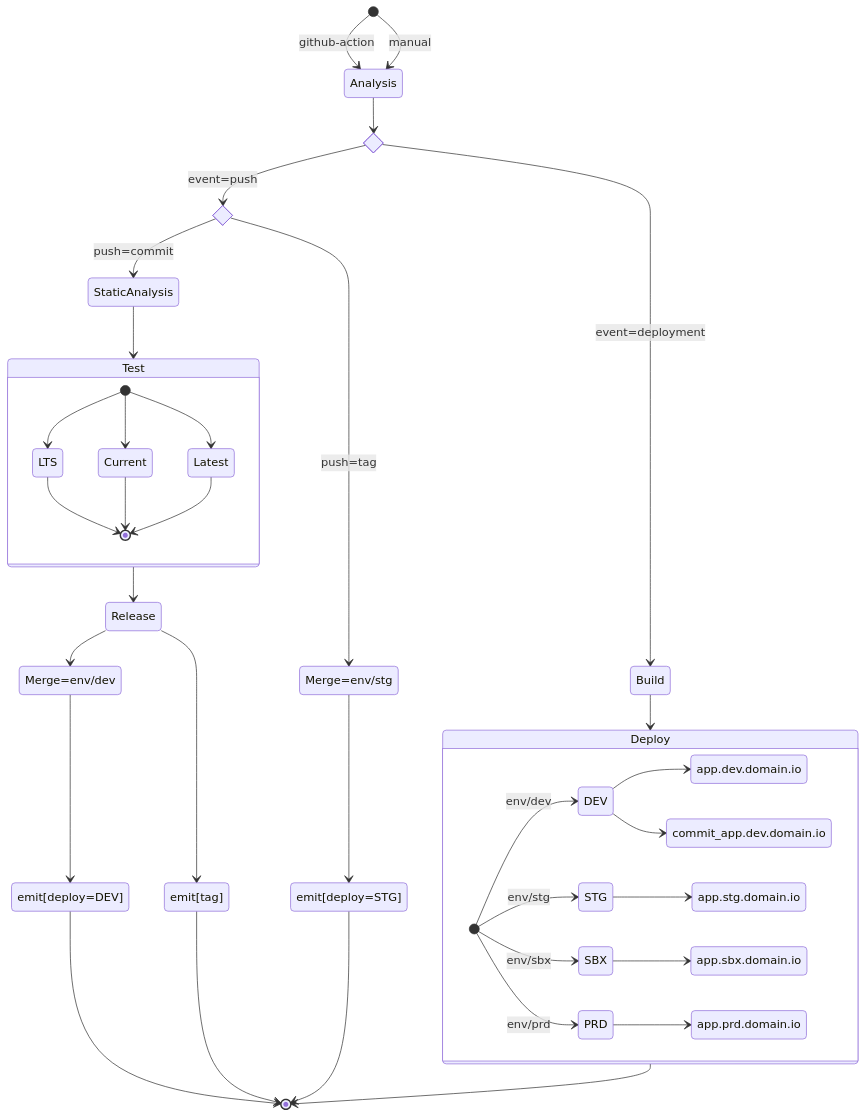
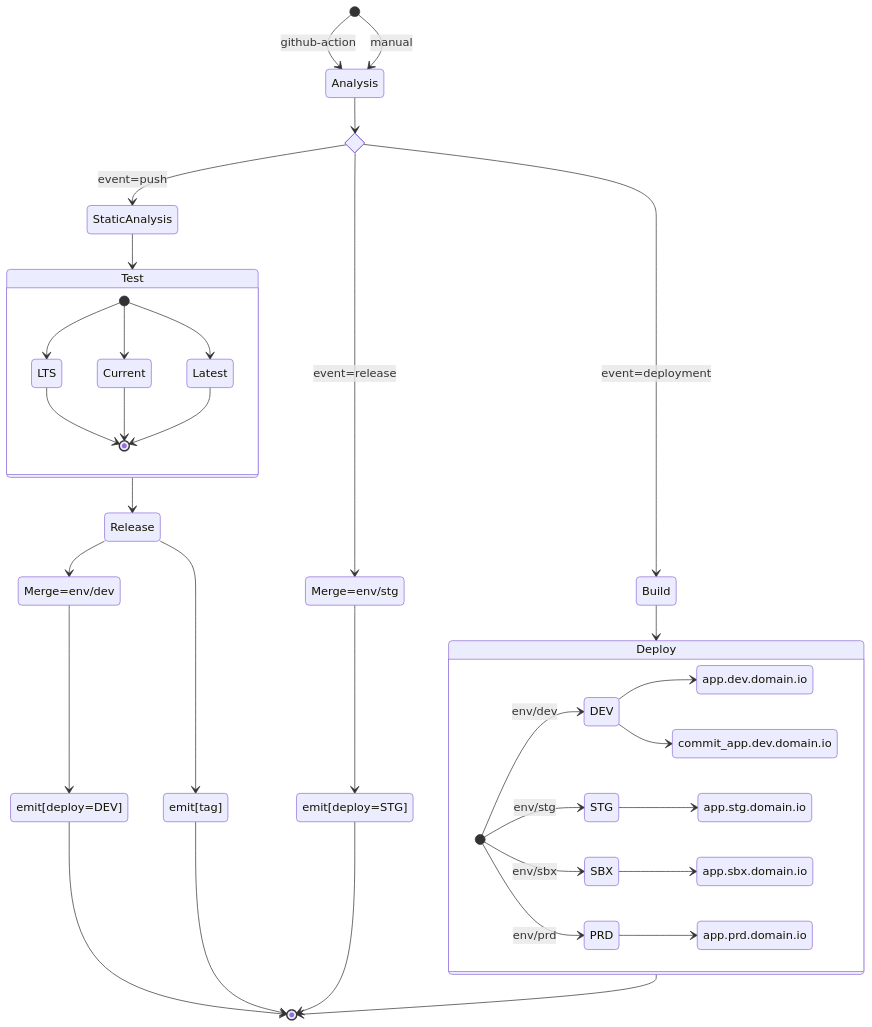
One commit to filipeforattini/ff-iac-github-actions changed the diagram in README.md. Above: the diagram before and after it, drawn with Mermaid.

Commit message:
fix: empty commit for testing

````diff
--- a/README.md
+++ b/README.md
@@ -69,51 +69,48 @@
 ```mermaid
 stateDiagram-v2
     [*] --> Analysis: github-action
     [*] --> Analysis: manual
 
     state if_event <<choice>>
     Analysis --> if_event
     if_event --> Build : event=deployment
-
-    state if_branch <<choice>>
-    if_event --> if_branch: event=push
-    if_branch --> StaticAnalysis: push=commit
-    if_branch --> Merge=env/stg: push=tag
+    if_event --> StaticAnalysis: event=push
+    if_event --> Merge=env/stg: event=release
 
     StaticAnalysis --> Test
 
     state Test {
       [*] --> LTS
       [*] --> Current
       [*] --> Latest
       LTS --> [*]
       Current --> [*]
       Latest --> [*]
     }
     
     Test --> Release
     Release --> Merge=env/dev
     Release --> emit[tag]
 
     Merge=env/dev --> emit[deploy=DEV]
     emit[deploy=DEV] --> [*]
     emit[tag] --> [*]
 
     Merge=env/stg --> emit[deploy=STG]
     emit[deploy=STG] --> [*]
 
     Build --> Deploy
     state Deploy {
       direction LR
       [*] --> DEV: env/dev
       [*] --> STG: env/stg
       [*] --> SBX: env/sbx
       [*] --> PRD: env/prd
       DEV --> app.dev.domain.io
       DEV --> commit_app.dev.domain.io
       STG --> app.stg.domain.io
       SBX --> app.sbx.domain.io
       PRD --> app.prd.domain.io
     }
     Deploy --> [*]
 ```
````
